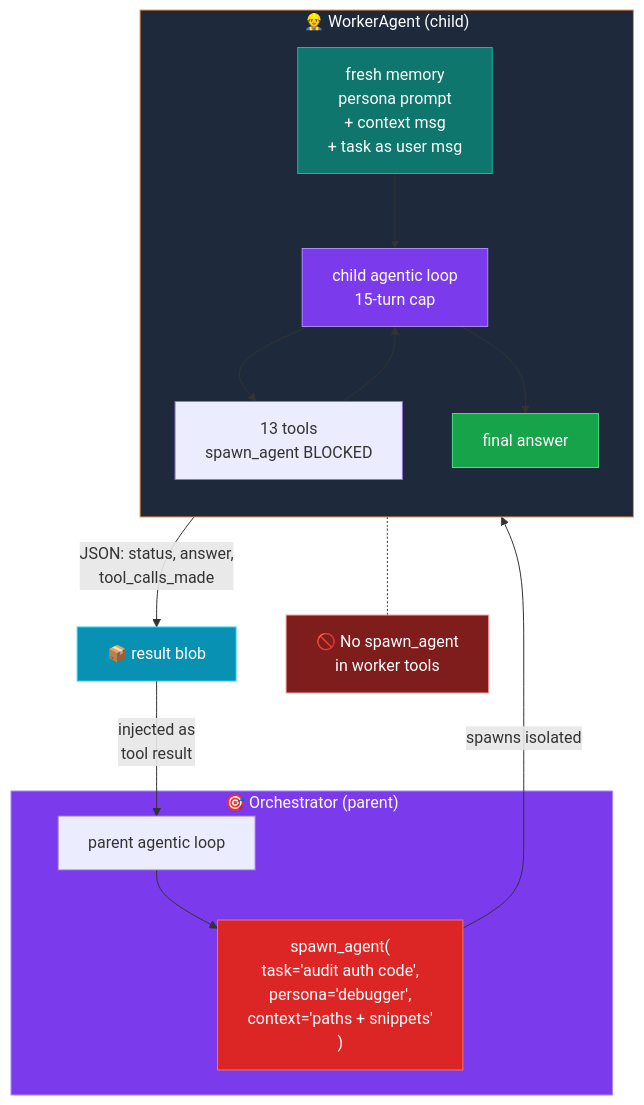
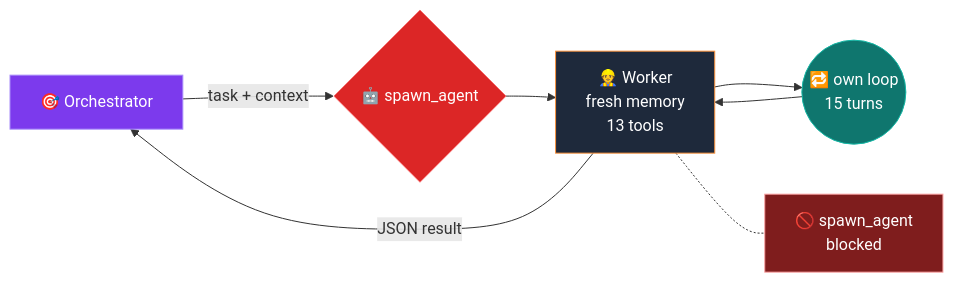
One commit to switin2006/CodeCopilot changed the third of 4 diagrams in README.md. Above: the diagram before and after it, drawn with Mermaid. The commit also changed other lines of this file, not shown here.

Commit message:
fix: simpler mermaid diagrams, escape parser-breaking chars

````diff
--- a/README.md
+++ b/README.md
@@ -242,31 +200,17 @@
 ```mermaid
-flowchart TB
-    subgraph Parent["🎯 Orchestrator (parent)"]
-        OL[parent agentic loop] --> ToolCall["spawn_agent(<br/>task='audit auth code',<br/>persona='debugger',<br/>context='paths + snippets'<br/>)"]
-    end
+flowchart LR
+    Parent[🎯 Orchestrator] -->|task + context| Spawn{🤖 spawn_agent}
+    Spawn --> Worker[👷 Worker<br/>fresh memory<br/>13 tools]
+    Worker --> WLoop((🔁 own loop<br/>15 turns))
+    WLoop --> Worker
+    Worker -->|JSON result| Parent
 
-    ToolCall -->|spawns isolated| Worker
-
-    subgraph Worker["👷 WorkerAgent (child)"]
-        direction TB
-        Init[fresh memory<br/>persona prompt<br/>+ context msg<br/>+ task as user msg] --> WLoop[child agentic loop<br/>15-turn cap]
-        WLoop --> WTools[13 tools<br/>spawn_agent BLOCKED]
-        WTools --> WLoop
-        WLoop --> WAns[final answer]
-    end
-
-    WAns -->|JSON: status, answer,<br/>tool_calls_made| Result[📦 result blob]
-    Result -->|injected as<br/>tool result| OL
-
-    NoRecur[🚫 No spawn_agent<br/>in worker tools]
-    Worker -.- NoRecur
+    Block[🚫 spawn_agent<br/>blocked]
+    Worker -.- Block
 
     style Parent fill:#7c3aed,stroke:#a78bfa,color:#fff
+    style Spawn fill:#dc2626,stroke:#f87171,color:#fff
     style Worker fill:#1e293b,stroke:#fb923c,color:#fff
-    style ToolCall fill:#dc2626,stroke:#f87171,color:#fff
-    style Init fill:#0f766e,stroke:#14b8a6,color:#fff
-    style WLoop fill:#7c3aed,stroke:#a78bfa,color:#fff
-    style WAns fill:#16a34a,stroke:#4ade80,color:#fff
-    style Result fill:#0891b2,stroke:#22d3ee,color:#fff
-    style NoRecur fill:#7f1d1d,stroke:#fca5a5,color:#fff
+    style WLoop fill:#0f766e,stroke:#14b8a6,color:#fff
+    style Block fill:#7f1d1d,stroke:#fca5a5,color:#fff
 ```
````
